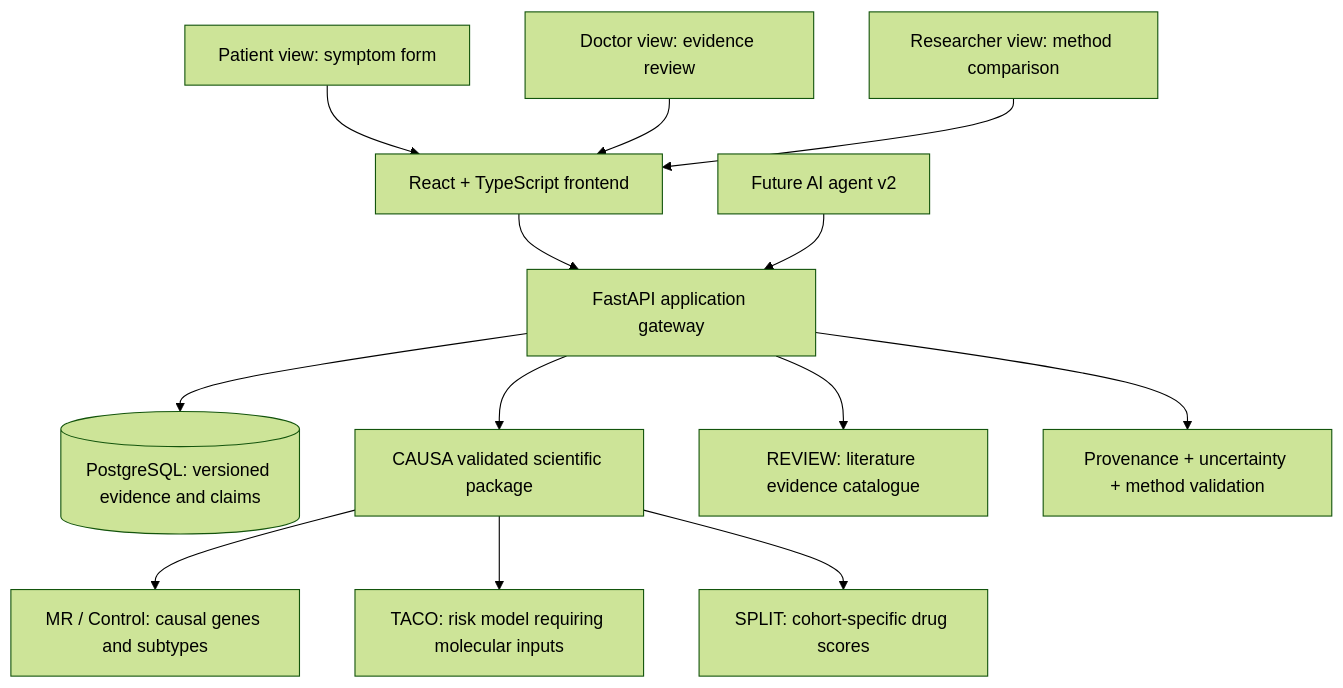
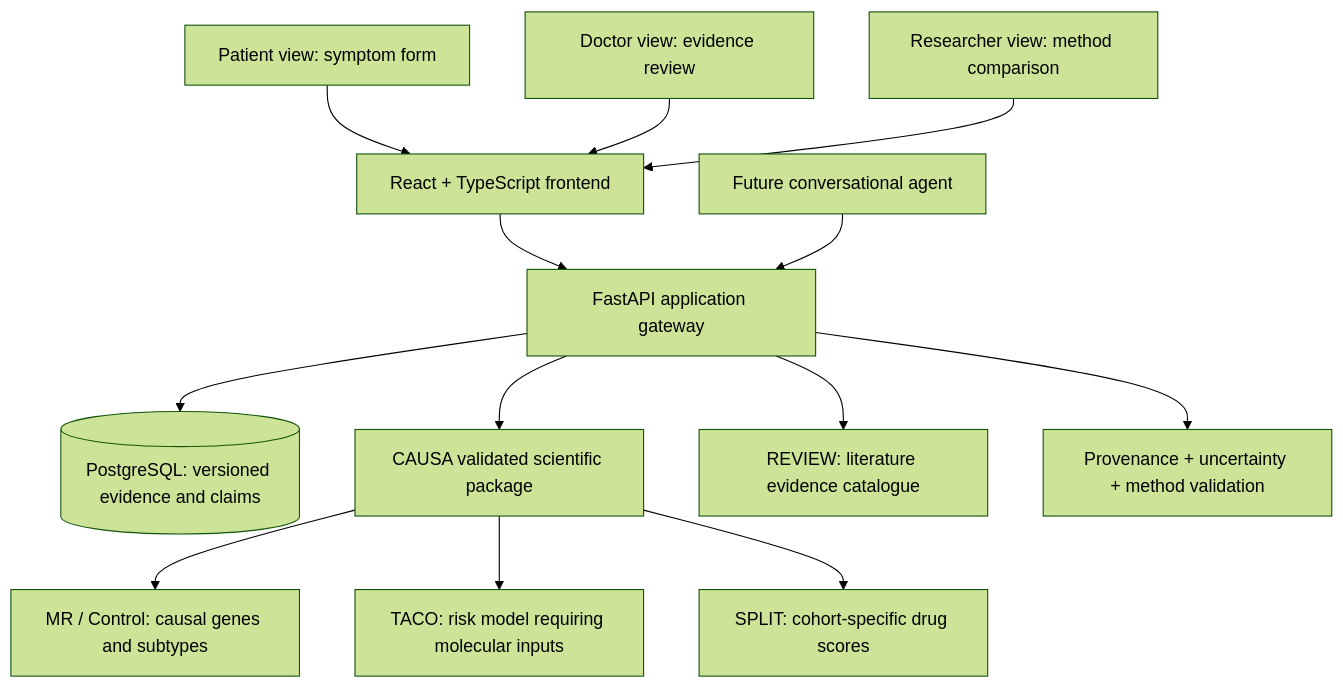
One commit to klm2109/CAUSEWAY changed the second of 2 diagrams in ARCHITECTURE.md. Above: the diagram before and after it, drawn with Mermaid (forest theme). The commit also changed other lines of this file and 26 other files, not shown here.

````diff
--- a/ARCHITECTURE.md
+++ b/ARCHITECTURE.md
@@ -11,15 +28,15 @@
 ```mermaid
 flowchart TB
   P[Patient view: symptom form] --> FE[React + TypeScript frontend]
   D[Doctor view: evidence review] --> FE
   R[Researcher view: method comparison] --> FE
   FE --> API[FastAPI application gateway]
   API --> DB[(PostgreSQL: versioned evidence and claims)]
   API --> CAUSA[CAUSA validated scientific package]
   CAUSA --> MR[MR / Control: causal genes and subtypes]
   CAUSA --> TACO[TACO: risk model requiring molecular inputs]
   CAUSA --> SPLIT[SPLIT: cohort-specific drug scores]
   API --> REVIEW[REVIEW: literature evidence catalogue]
-  AG[Future AI agent v2] --> API
+  AG[Future conversational agent] --> API
   API --> PROV[Provenance + uncertainty + method validation]
 ```
````
